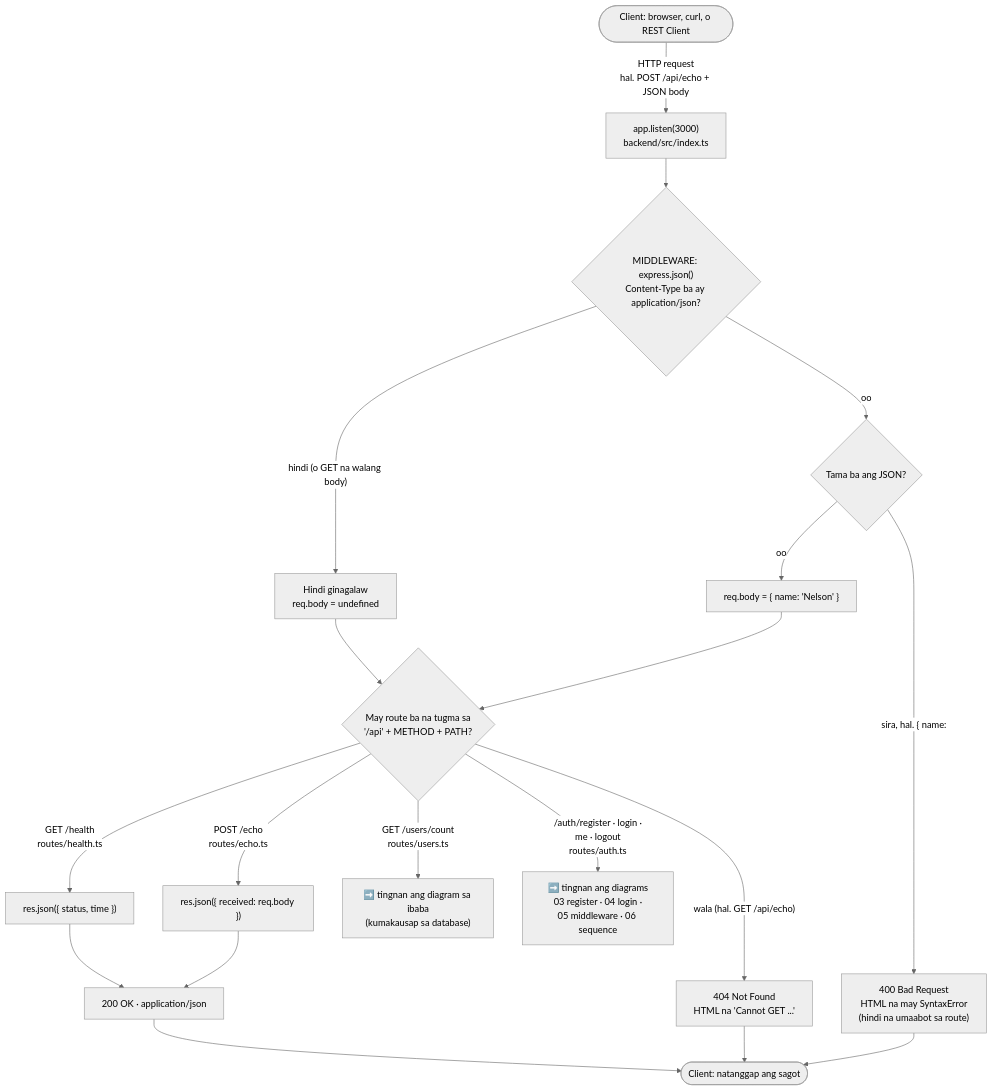
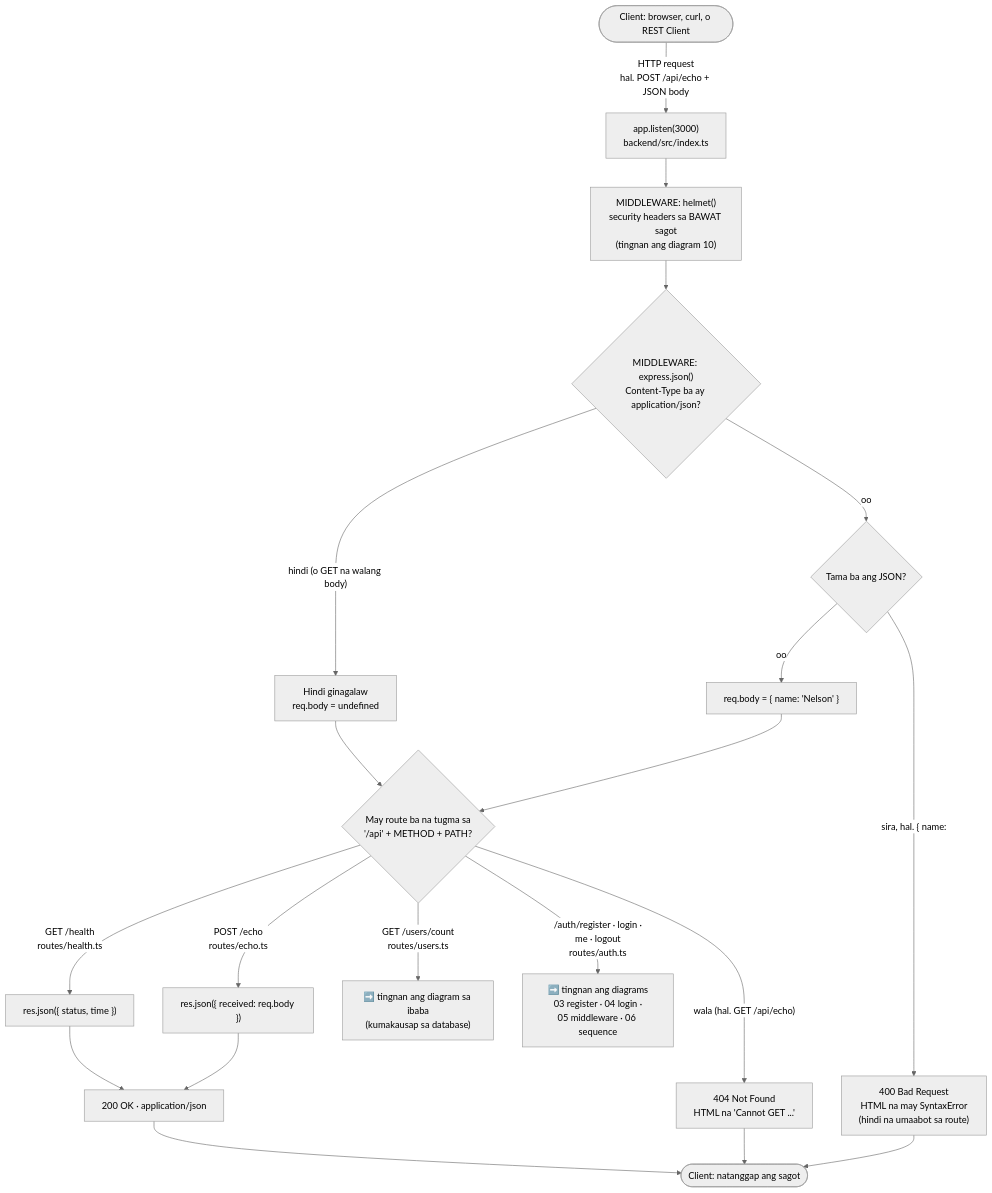
The first of 2 diagrams in docs/diagrams/01-request-lifecycle.md (nelson1869-ai/auth-learning), drawn with Mermaid (neutral theme) before and after one commit. The commit also changed other lines of this file and 5 other files, not shown here.

First line of the commit message:
docs: Day 39 journal, security-headers .http and diagram

````diff
--- a/docs/diagrams/01-request-lifecycle.md
+++ b/docs/diagrams/01-request-lifecycle.md
@@ -10,21 +10,22 @@
 ```mermaid
 flowchart TD
     Start(["Client: browser, curl, o REST Client"]) -->|"HTTP request<br/>hal. POST /api/echo + JSON body"| Listen["app.listen(3000)<br/>backend/src/index.ts"]
-    Listen --> Json{"MIDDLEWARE: express.json()<br/>Content-Type ba ay application/json?"}
+    Listen --> Helmet["MIDDLEWARE: helmet()<br/>security headers sa BAWAT sagot<br/>(tingnan ang diagram 10)"]
+    Helmet --> Json{"MIDDLEWARE: express.json()<br/>Content-Type ba ay application/json?"}
     Json -->|"hindi (o GET na walang body)"| Skip["Hindi ginagalaw<br/>req.body = undefined"]
     Json -->|"oo"| Parse{"Tama ba ang JSON?"}
     Parse -->|"oo"| Body["req.body = { name: 'Nelson' }"]
     Parse -->|"sira, hal. { name:"| Bad["400 Bad Request<br/>HTML na may SyntaxError<br/>(hindi na umaabot sa route)"]
     Skip --> Match
     Body --> Match{"May route ba na tugma sa<br/>'/api' + METHOD + PATH?"}
     Match -->|"GET /health<br/>routes/health.ts"| Health["res.json({ status, time })"]
     Match -->|"POST /echo<br/>routes/echo.ts"| Echo["res.json({ received: req.body })"]
     Match -->|"GET /users/count<br/>routes/users.ts"| Users["➡️ tingnan ang diagram sa ibaba<br/>(kumakausap sa database)"]
     Match -->|"/auth/register · login ·<br/>me · logout<br/>routes/auth.ts"| AuthR["➡️ tingnan ang diagrams<br/>03 register · 04 login ·<br/>05 middleware · 06 sequence"]
     Match -->|"wala (hal. GET /api/echo)"| NotFound["404 Not Found<br/>HTML na 'Cannot GET ...'"]
     Health --> OK["200 OK · application/json"]
     Echo --> OK
     OK --> Done(["Client: natanggap ang sagot"])
     Bad --> Done
     NotFound --> Done
 ```
````
